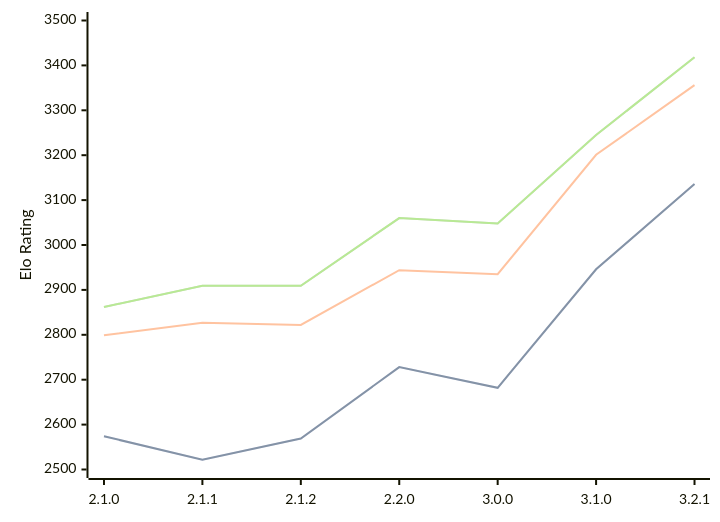
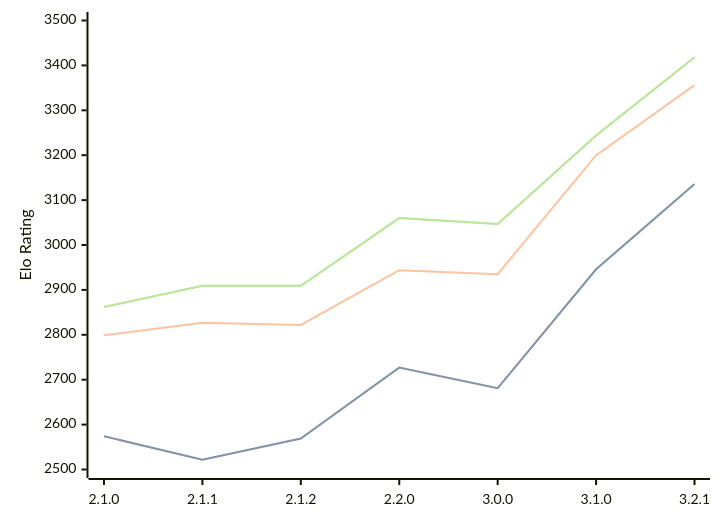
The diagram in engines/Prune.md (computer-chess-index/cci), drawn with Mermaid before and after one commit. The commit also changed other lines of this file, not shown here.

Commit message:
Update CCI Ratings (ELO VLTC) - 2026-03-15

````diff
--- a/engines/Prune.md
+++ b/engines/Prune.md
@@ -40,11 +40,11 @@
 ```mermaid
 %%{init: {"theme":"base","themeVariables":{"seriesColors:['#a3a3a3','#222221','#faa371']}}}%%
 xychart-beta
   x-axis ["2.1.0", "2.1.1", "2.1.2", "2.2.0", "3.0.0", "3.1.0", "3.2.1"]
   y-axis "Elo Rating" 2500 --> 3500
-  line "STC (8.0+0.08s)" [2574, 2522, 2569, 2728, 2682, 2946, 3136]
-  line "STC (8.0+0.08s)" [2574, 2522, 2569, 2728, 2682, 2946, 3136]
-  line "LTC (60.0+0.60s)" [2799, 2827, 2822, 2944, 2935, 3201, 3356]
-  line "VLTC (2m24s+1.12s)" [2862, 2909, 2909, 3060, 3048, 3245, 3418]
-  line "VLTC (2m24s+1.12s)" [2862, 2909, 2909, 3060, 3048, 3245, 3418]
+  line "STC (8.0+0.08s)" [2574, 2522, 2569, 2727, 2681, 2946, 3136]
+  line "STC (8.0+0.08s)" [2574, 2522, 2569, 2727, 2681, 2946, 3136]
+  line "LTC (60.0+0.60s)" [2799, 2827, 2822, 2944, 2935, 3200, 3356]
+  line "VLTC (2m24s+1.12s)" [2862, 2909, 2909, 3060, 3047, 3244, 3418]
+  line "VLTC (2m24s+1.12s)" [2862, 2909, 2909, 3060, 3047, 3244, 3418]
 ```
````
